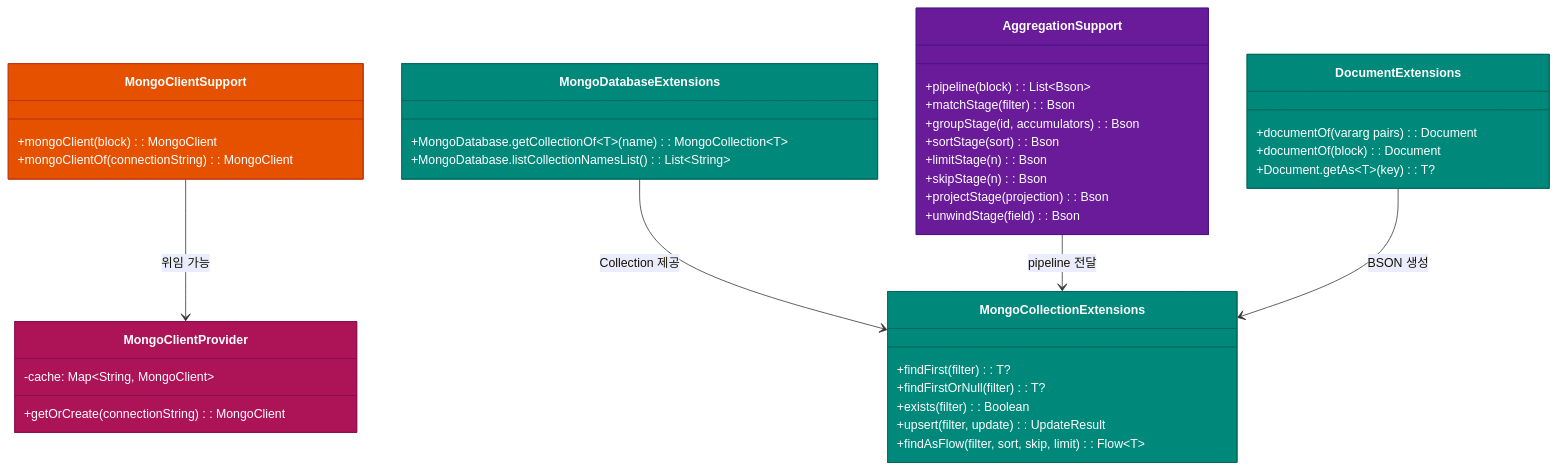
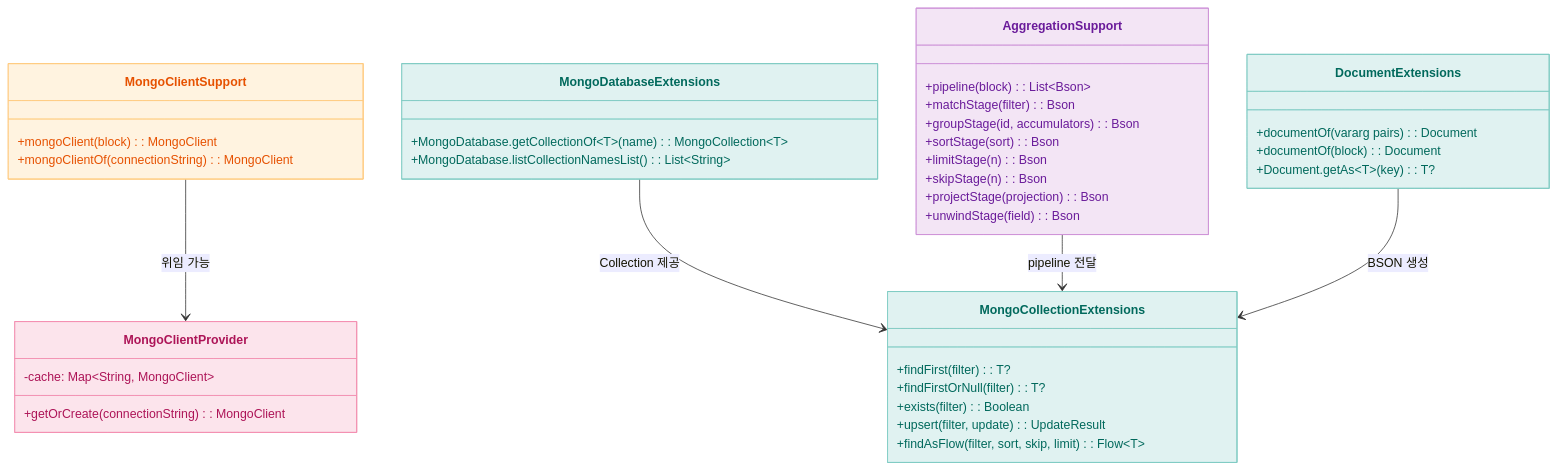
The second of 3 diagrams in data/mongodb/README.ko.md (bluetape4k/bluetape4k-projects), drawn with Mermaid before and after one commit. The commit also changed other lines of this file and 219 other files, not shown here.

First line of the commit message:
docs: 전체 README Mermaid 다이어그램 가이드 적용

````diff
--- a/data/mongodb/README.ko.md
+++ b/data/mongodb/README.ko.md
@@ -207,49 +207,49 @@
 ```mermaid
 classDiagram
     class MongoClientSupport {
         +mongoClient(block): MongoClient
         +mongoClientOf(connectionString): MongoClient
     }
     class MongoClientProvider {
         -cache: Map~String, MongoClient~
         +getOrCreate(connectionString): MongoClient
     }
     class MongoDatabaseExtensions {
         +MongoDatabase.getCollectionOf~T~(name): MongoCollection~T~
         +MongoDatabase.listCollectionNamesList(): List~String~
     }
     class MongoCollectionExtensions {
         +findFirst(filter): T?
         +findFirstOrNull(filter): T?
         +exists(filter): Boolean
         +upsert(filter, update): UpdateResult
         +findAsFlow(filter, sort, skip, limit): Flow~T~
     }
     class DocumentExtensions {
         +documentOf(vararg pairs): Document
         +documentOf(block): Document
         +Document.getAs~T~(key): T?
     }
     class AggregationSupport {
         +pipeline(block): List~Bson~
         +matchStage(filter): Bson
         +groupStage(id, accumulators): Bson
         +sortStage(sort): Bson
         +limitStage(n): Bson
         +skipStage(n): Bson
         +projectStage(projection): Bson
         +unwindStage(field): Bson
     }
 
     MongoClientSupport --> MongoClientProvider : 위임 가능
     MongoDatabaseExtensions --> MongoCollectionExtensions : Collection 제공
     AggregationSupport --> MongoCollectionExtensions : pipeline 전달
     DocumentExtensions --> MongoCollectionExtensions : BSON 생성
 
-    style MongoClientSupport fill:#E65100,stroke:#BF360C,color:#FFFFFF
-    style MongoClientProvider fill:#AD1457,stroke:#880E4F,color:#FFFFFF
-    style MongoDatabaseExtensions fill:#00897B,stroke:#00695C,color:#FFFFFF
-    style MongoCollectionExtensions fill:#00897B,stroke:#00695C,color:#FFFFFF
-    style DocumentExtensions fill:#00897B,stroke:#00695C,color:#FFFFFF
-    style AggregationSupport fill:#6A1B9A,stroke:#4A148C,color:#FFFFFF
+    style MongoClientSupport fill:#FFF3E0,stroke:#FFCC80,color:#E65100
+    style MongoClientProvider fill:#FCE4EC,stroke:#F48FB1,color:#AD1457
+    style MongoDatabaseExtensions fill:#E0F2F1,stroke:#80CBC4,color:#00695C
+    style MongoCollectionExtensions fill:#E0F2F1,stroke:#80CBC4,color:#00695C
+    style DocumentExtensions fill:#E0F2F1,stroke:#80CBC4,color:#00695C
+    style AggregationSupport fill:#F3E5F5,stroke:#CE93D8,color:#6A1B9A
 ```
````
